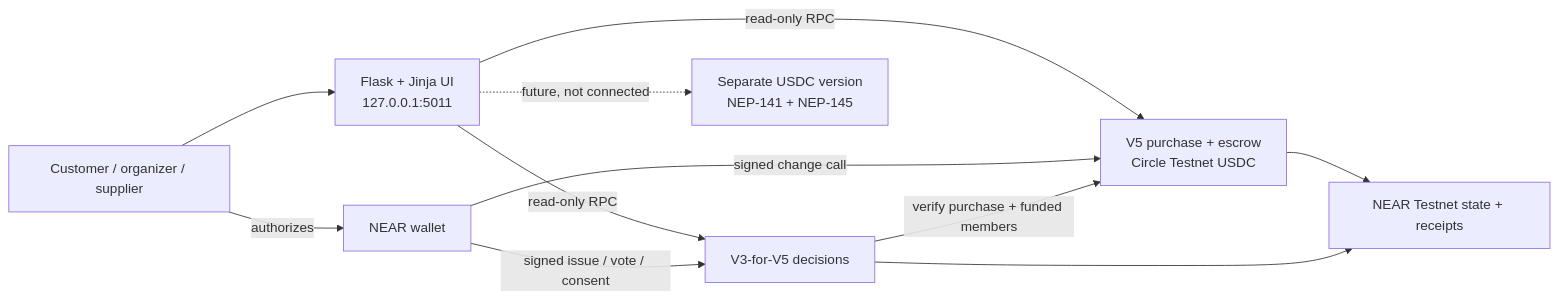
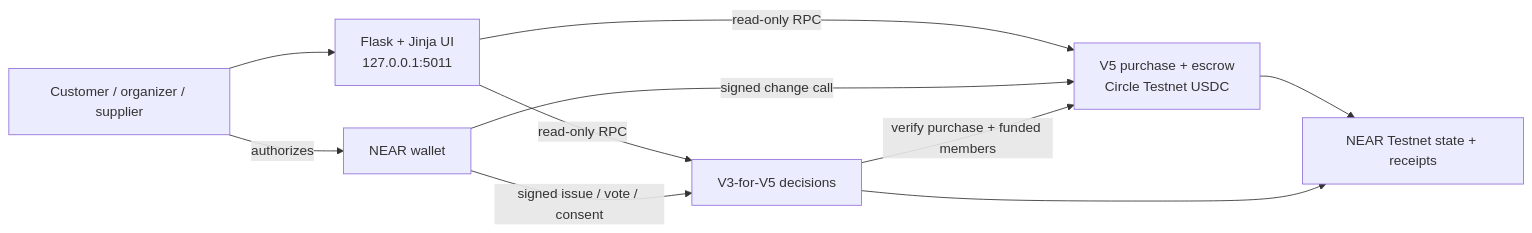
The diagram in README.md (dalamaa/HarvestPool), drawn with Mermaid before and after one commit. The commit also changed other lines of this file and 7 other files, not shown here.

````diff
--- a/README.md
+++ b/README.md
@@ -111,13 +214,12 @@
 ```mermaid
 flowchart LR
     U[Customer / organizer / supplier] --> A[Flask + Jinja UI<br/>127.0.0.1:5011]
     U -->|authorizes| W[NEAR wallet]
     A -->|read-only RPC| P[V5 purchase + escrow<br/>Circle Testnet USDC]
     W -->|signed change call| P
     A -->|read-only RPC| D[V3-for-V5 decisions]
     W -->|signed issue / vote / consent| D
     D -->|verify purchase + funded members| P
     P --> N[NEAR Testnet state + receipts]
     D --> N
-    A -. future, not connected .-> T[Separate USDC version<br/>NEP-141 + NEP-145]
 ```
````
